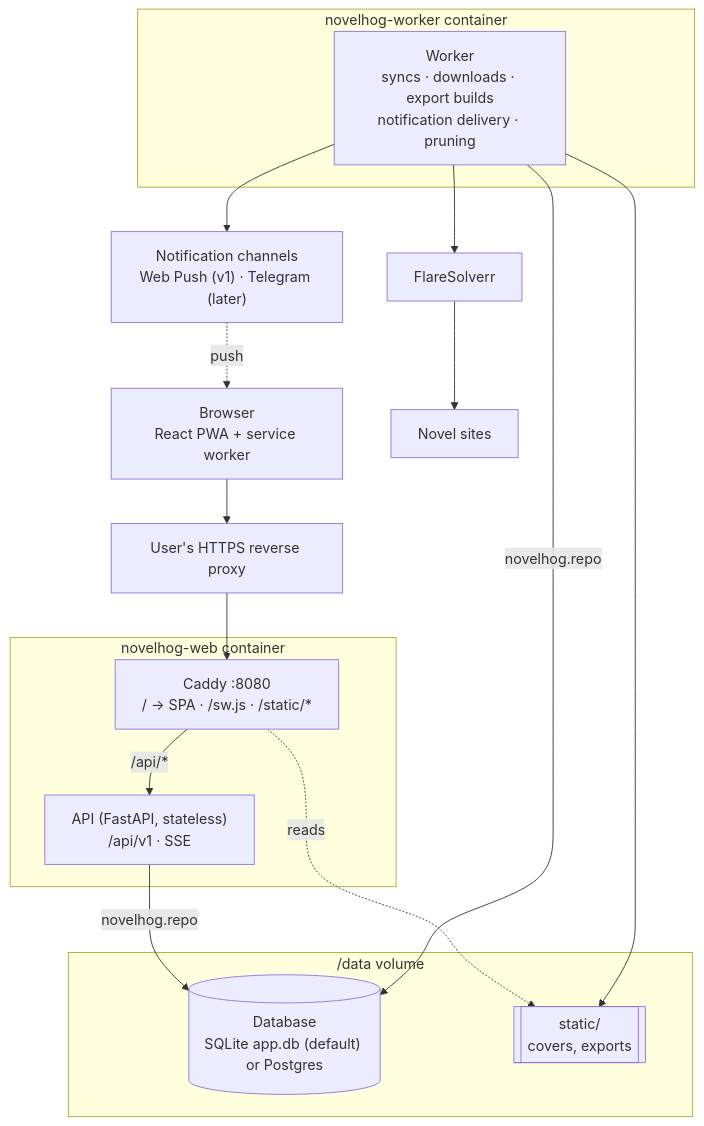
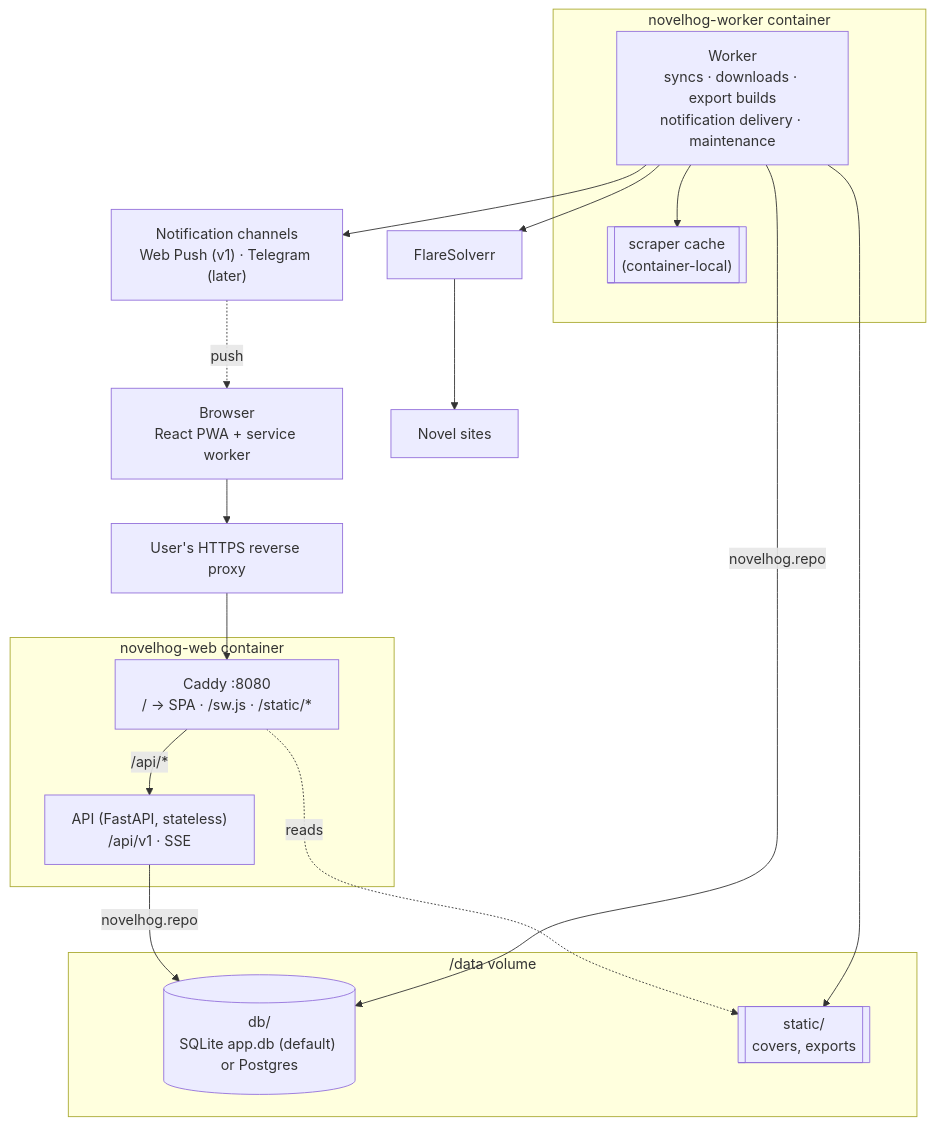
The first of 4 diagrams in docs/superpowers/specs/2026-10-18-novelhog-design.md (t3hk0d3/novelhog), drawn with Mermaid before and after one commit. The commit also changed other lines of this file, not shown here.

````diff
--- a/docs/superpowers/specs/2026-10-18-novelhog-design.md
+++ b/docs/superpowers/specs/2026-10-18-novelhog-design.md
@@ -53,33 +57,35 @@
 ```mermaid
 flowchart TB
     browser["Browser<br/>React PWA + service worker"]
     proxy["User's HTTPS reverse proxy"]
 
     subgraph web["novelhog-web container"]
         caddy["Caddy :8080<br/>/ → SPA · /sw.js · /static/*"]
         api["API (FastAPI, stateless)<br/>/api/v1 · SSE"]
     end
 
     subgraph data["/data volume"]
-        db[("Database<br/>SQLite app.db (default) or Postgres")]
+        db[("db/<br/>SQLite app.db (default) or Postgres")]
         static[["static/<br/>covers, exports"]]
     end
 
     subgraph wk["novelhog-worker container"]
-        worker["Worker<br/>syncs · downloads · export builds<br/>notification delivery · pruning"]
+        worker["Worker<br/>syncs · downloads · export builds<br/>notification delivery · maintenance"]
+        cache[["scraper cache<br/>(container-local)"]]
     end
 
     flaresolverr["FlareSolverr"]
     sites["Novel sites"]
     channels["Notification channels<br/>Web Push (v1) · Telegram (later)"]
 
     browser --> proxy --> caddy
     caddy -- "/api/*" --> api
     caddy -. "reads" .-> static
     api -- "novelhog.repo" --> db
     worker -- "novelhog.repo" --> db
     worker --> static
+    worker --> cache
     worker --> flaresolverr --> sites
     worker --> channels
     channels -. "push" .-> browser
 ```
````
